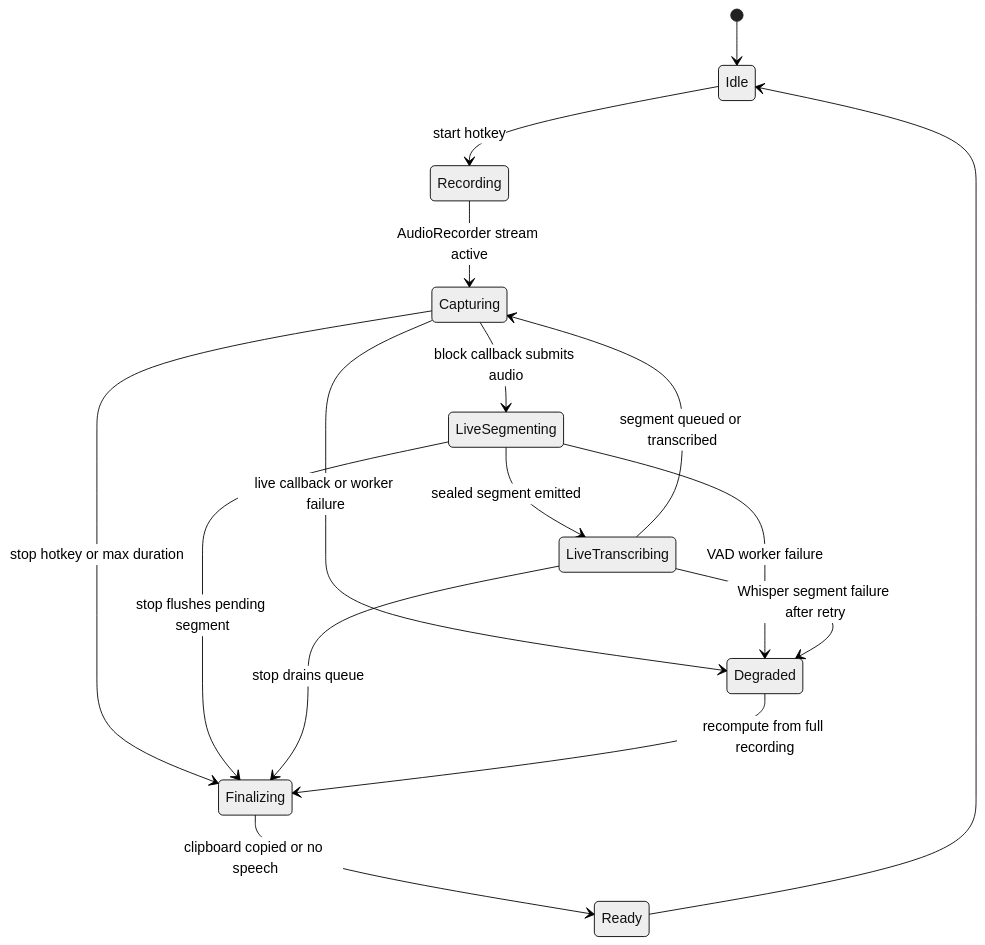
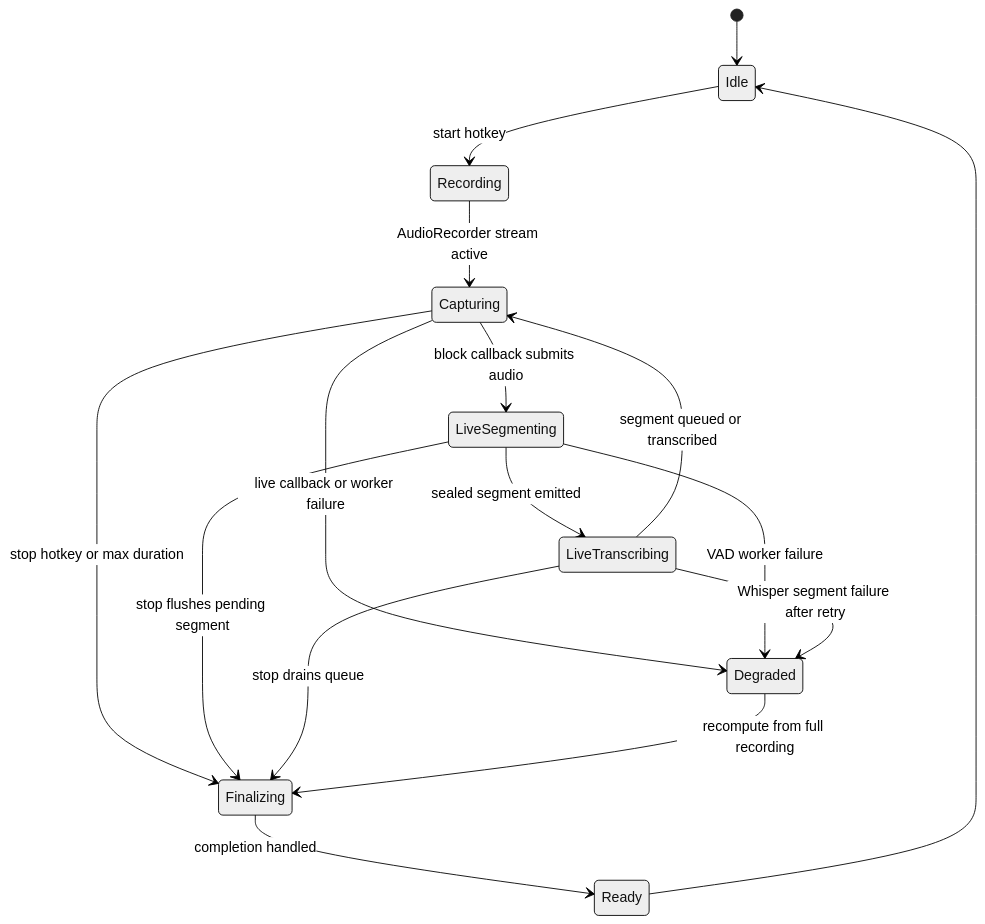
The second of 2 diagrams in docs/live-pipeline.md (laceyp99/murmur), drawn with Mermaid (neutral theme) before and after one commit. The commit also changed other lines of this file and 6 other files, not shown here.

````diff
--- a/docs/live-pipeline.md
+++ b/docs/live-pipeline.md
@@ -106,19 +117,19 @@
 ```mermaid
 stateDiagram-v2
     [*] --> Idle
     Idle --> Recording: start hotkey
     Recording --> Capturing: AudioRecorder stream active
     Capturing --> LiveSegmenting: block callback submits audio
     LiveSegmenting --> LiveTranscribing: sealed segment emitted
     LiveTranscribing --> Capturing: segment queued or transcribed
     Capturing --> Finalizing: stop hotkey or max duration
     LiveSegmenting --> Finalizing: stop flushes pending segment
     LiveTranscribing --> Finalizing: stop drains queue
-    Finalizing --> Ready: clipboard copied or no speech
+    Finalizing --> Ready: completion handled
     Ready --> Idle
 
     Capturing --> Degraded: live callback or worker failure
     LiveSegmenting --> Degraded: VAD worker failure
     LiveTranscribing --> Degraded: Whisper segment failure after retry
     Degraded --> Finalizing: recompute from full recording
 ```
````
